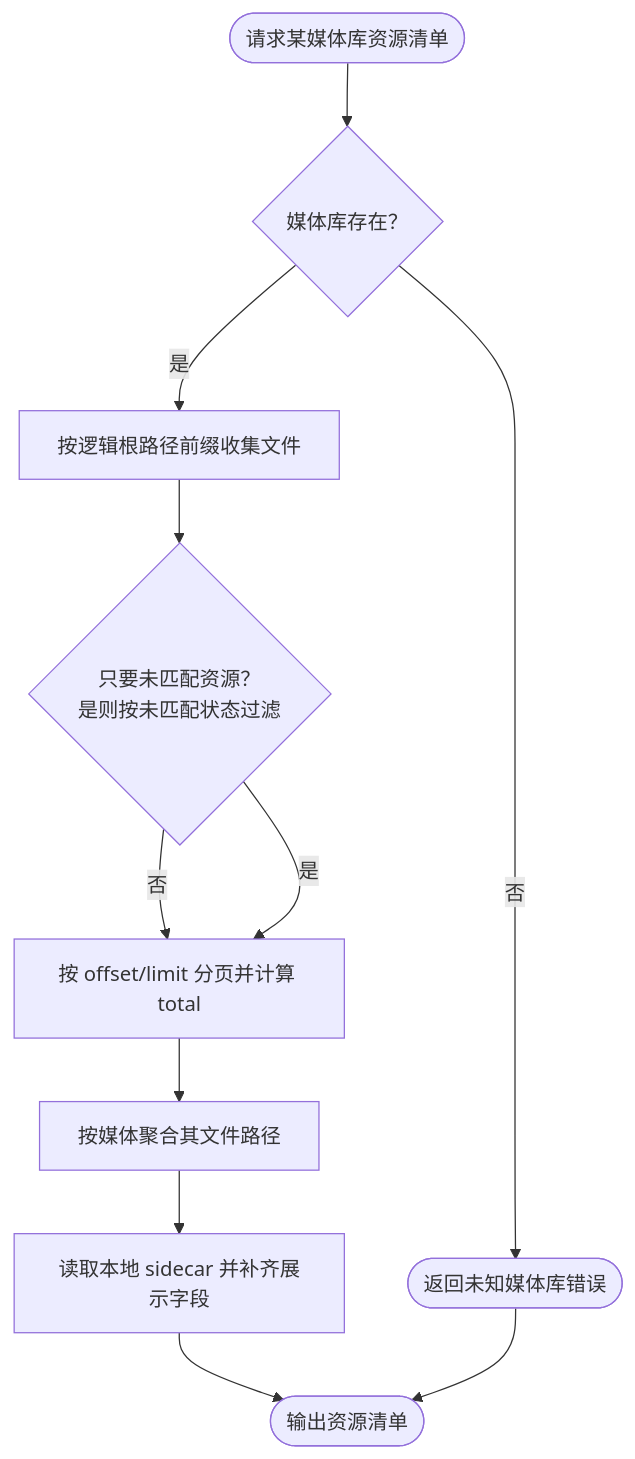
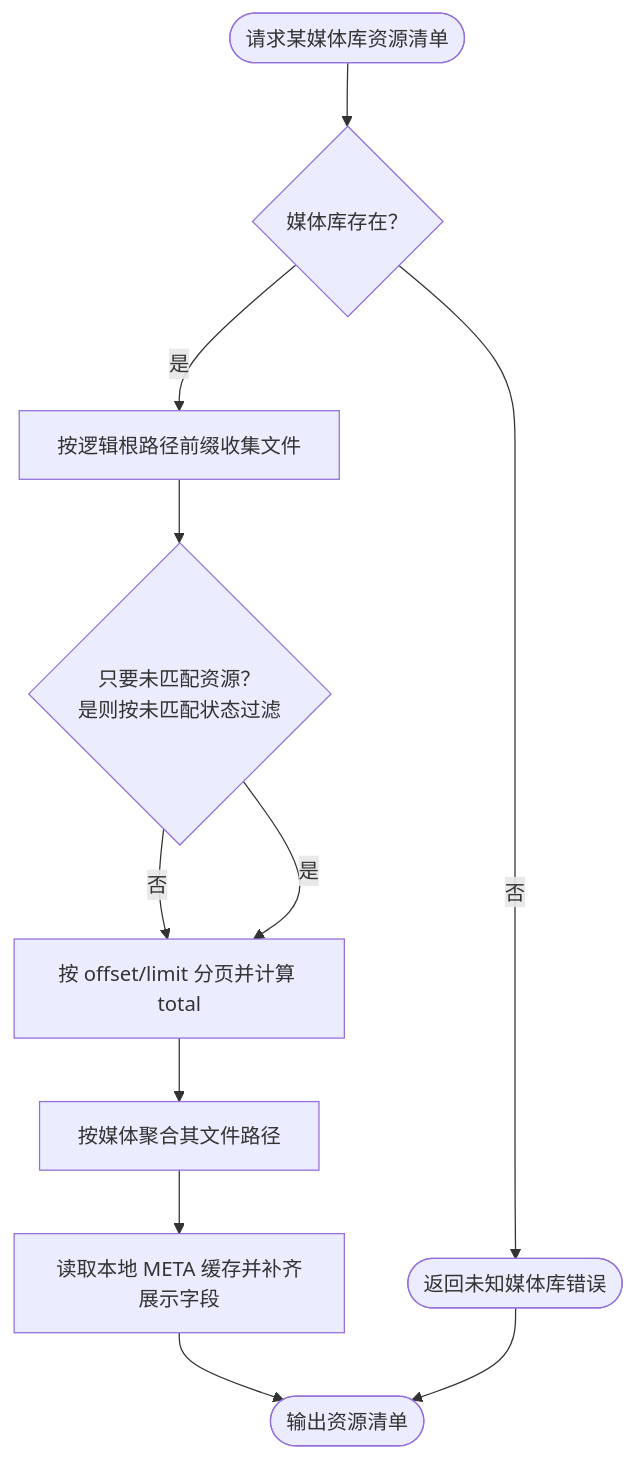
Before and after one commit to yunjies/knowledge-base: the sixth of 19 diagrams in assets/projects/home-media-pilot/feature-flow.md, drawn with Mermaid. The commit also changed other lines of this file and 2 other files, not shown here.

Commit message:
docs(home-media-pilot): archive META image cache request

````diff
--- a/assets/projects/home-media-pilot/feature-flow.md
+++ b/assets/projects/home-media-pilot/feature-flow.md
@@ -501,13 +503,13 @@
 ```mermaid
 flowchart TD
     START_RES(["请求某媒体库资源清单"]) --> LOAD_LIBRARY{"媒体库存在？"}
     LOAD_LIBRARY -- 否 --> RES_ERROR(["返回未知媒体库错误"])
     LOAD_LIBRARY -- 是 --> COLLECT_FILES["按逻辑根路径前缀收集文件"]
     COLLECT_FILES --> FILTER_UNMATCHED{"只要未匹配资源？<br/>是则按未匹配状态过滤"}
     FILTER_UNMATCHED -- 否 --> APPLY_LIMIT["按 offset/limit 分页并计算 total"]
     FILTER_UNMATCHED -- 是 --> APPLY_LIMIT
     APPLY_LIMIT --> GROUP_PATHS["按媒体聚合其文件路径"]
-    GROUP_PATHS --> READ_SIDECARS["读取本地 sidecar 并补齐展示字段"]
+    GROUP_PATHS --> READ_SIDECARS["读取本地 META 缓存并补齐展示字段"]
     READ_SIDECARS --> RES_DONE(["输出资源清单"])
     RES_ERROR --> RES_DONE
 ```
````
